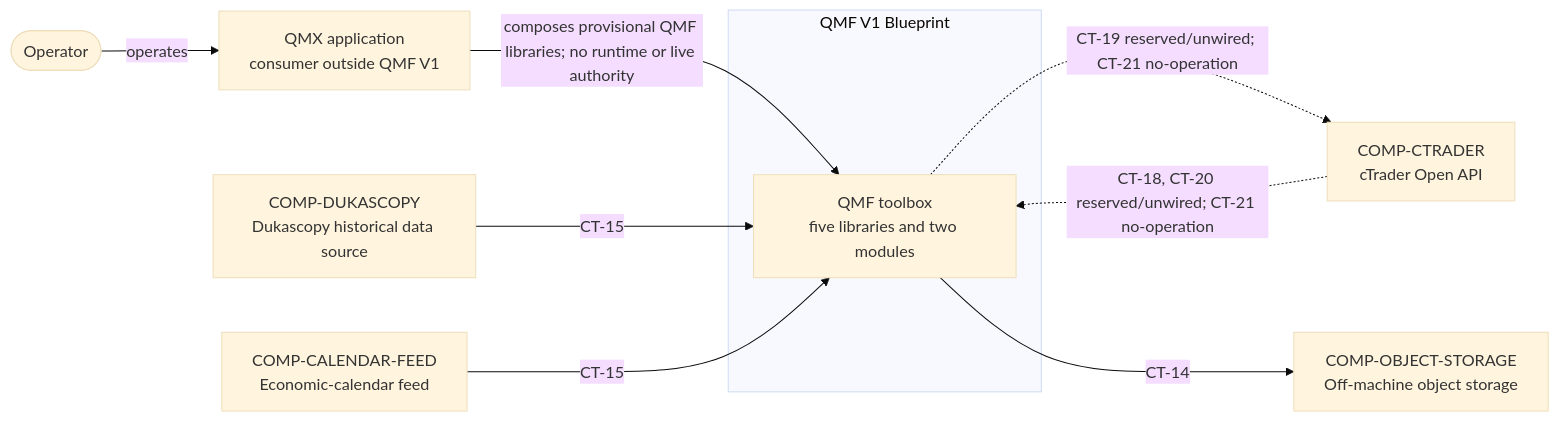
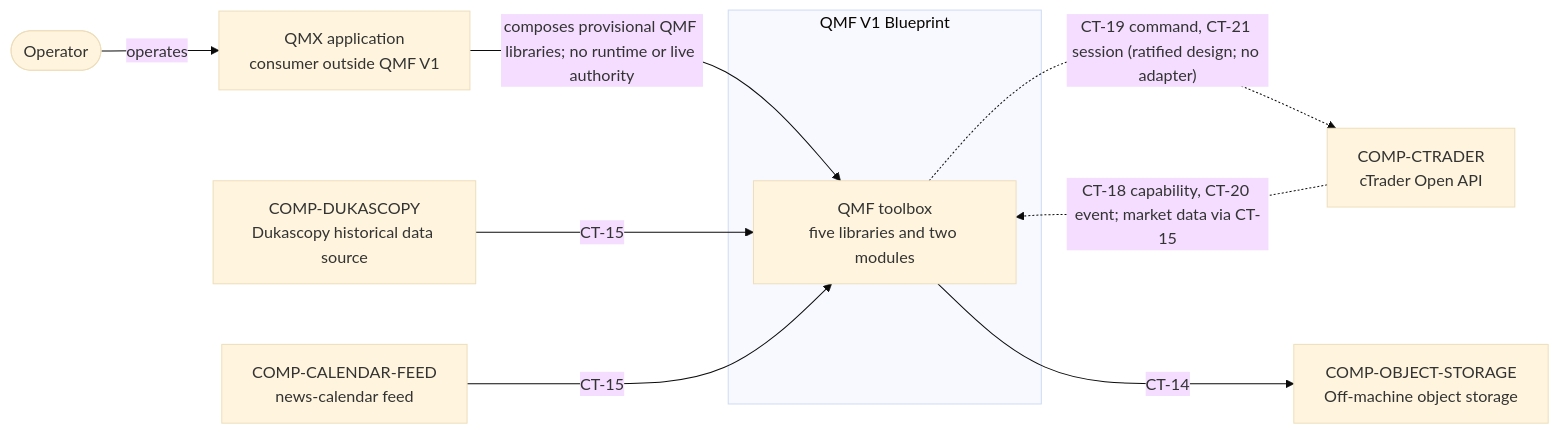
One commit to MubarakHimself/QMX changed the third of 5 diagrams in docs/architecture/overview.md. Above: the diagram before and after it, drawn with Mermaid (base theme). The commit also changed other lines of this file and 183 other files, not shown here.

````diff
--- a/docs/architecture/overview.md
+++ b/docs/architecture/overview.md
@@ -22,20 +68,20 @@
 ```mermaid
 flowchart LR
     operator([Operator])
     qmx["QMX application<br/>consumer outside QMF V1"]
     subgraph qmf_system["QMF V1 Blueprint"]
         qmf["QMF toolbox<br/>five libraries and two modules"]
     end
     ctrader["COMP-CTRADER<br/>cTrader Open API"]
     dukascopy["COMP-DUKASCOPY<br/>Dukascopy historical data source"]
-    calendar["COMP-CALENDAR-FEED<br/>Economic-calendar feed"]
+    calendar["COMP-CALENDAR-FEED<br/>news-calendar feed"]
     object_storage["COMP-OBJECT-STORAGE<br/>Off-machine object storage"]
 
     operator -->|"operates"| qmx
     qmx -->|"composes provisional QMF libraries; no runtime or live authority"| qmf
-    qmf -.->|"CT-19 reserved/unwired; CT-21 no-operation"| ctrader
-    ctrader -.->|"CT-18, CT-20 reserved/unwired; CT-21 no-operation"| qmf
+    qmf -.->|"CT-19 command, CT-21 session (ratified design; no adapter)"| ctrader
+    ctrader -.->|"CT-18 capability, CT-20 event; market data via CT-15"| qmf
     dukascopy -->|"CT-15"| qmf
     calendar -->|"CT-15"| qmf
     qmf -->|"CT-14"| object_storage
 ```
````
